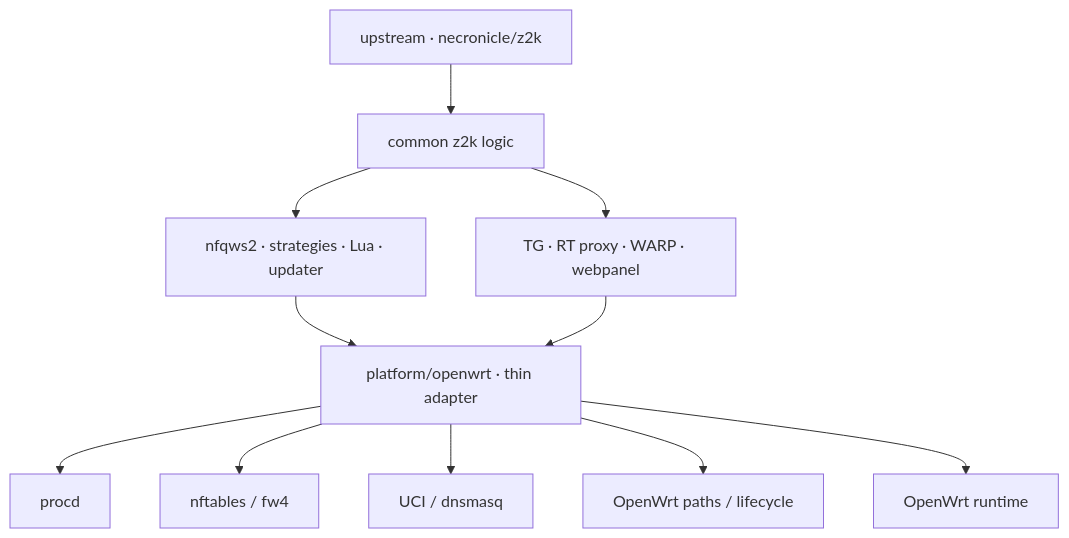
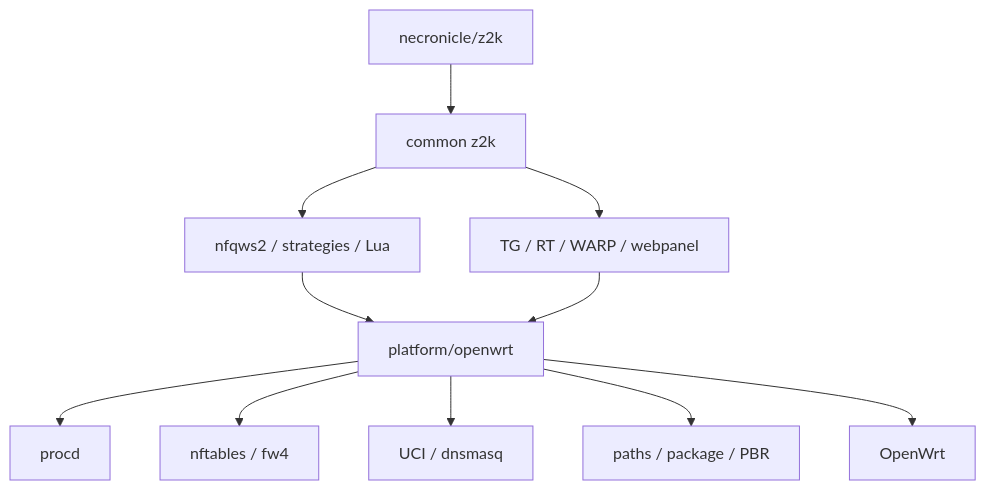
Before and after one commit to t0fox/z2kOW: the diagram in README.md, drawn with Mermaid. The commit also changed other lines of this file, not shown here.

Commit message:
docs: restore full z2k user guide for OpenWrt

````diff
--- a/README.md
+++ b/README.md
@@ -63,15 +758,15 @@
 ```mermaid
 flowchart TD
-    UP["upstream · necronicle/z2k"] --> COMMON["common z2k logic"]
-    COMMON --> CORE["nfqws2 · strategies · Lua · updater"]
-    COMMON --> FEATURES["TG · RT proxy · WARP · webpanel"]
+    UP["necronicle/z2k"] --> COMMON["common z2k"]
+    COMMON --> NFQ["nfqws2 / strategies / Lua"]
+    COMMON --> F["TG / RT / WARP / webpanel"]
 
-    ADAPTER["platform/openwrt · thin adapter"] --> PROCD["procd"]
-    ADAPTER --> NFT["nftables / fw4"]
-    ADAPTER --> UCI["UCI / dnsmasq"]
-    ADAPTER --> PATHS["OpenWrt paths / lifecycle"]
+    AD["platform/openwrt"] --> P["procd"]
+    AD --> N["nftables / fw4"]
+    AD --> U["UCI / dnsmasq"]
+    AD --> R["paths / package / PBR"]
 
-    CORE --> ADAPTER
-    FEATURES --> ADAPTER
-    ADAPTER --> ROUTER["OpenWrt runtime"]
+    NFQ --> AD
+    F --> AD
+    AD --> OW["OpenWrt"]
 ```
````
